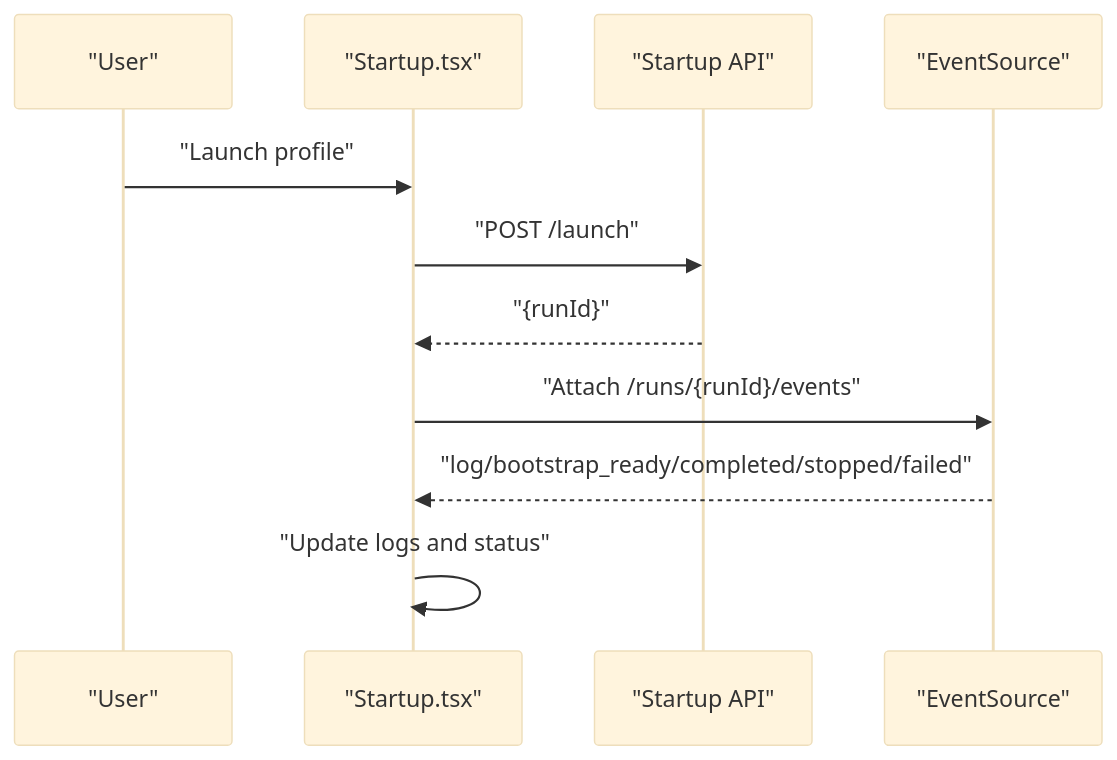
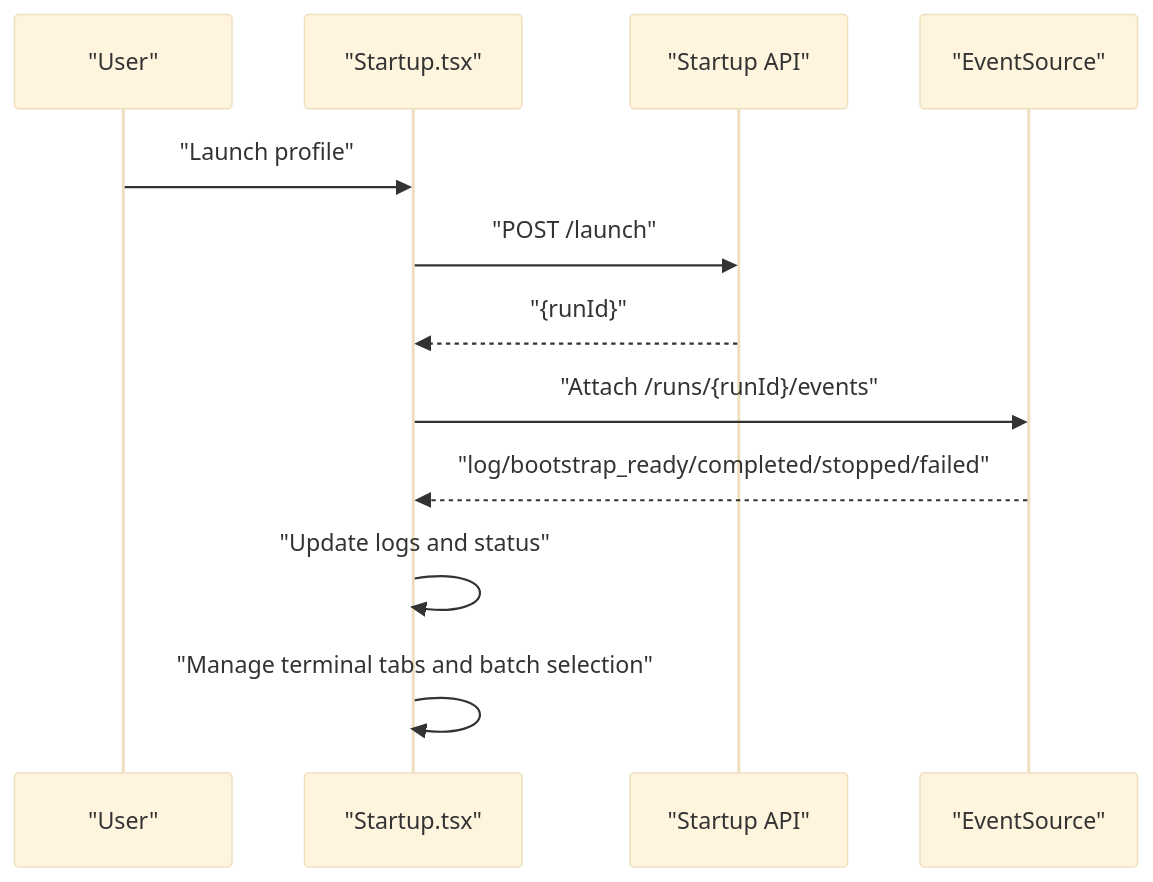
The ninth of 13 diagrams in .qoder/repowiki/en/content/Frontend Application Architecture/Page Components.md (Glimora-X/work-helper), drawn with Mermaid (base theme) before and after one commit. The commit also changed other lines of this file and 11 other files, not shown here.

````diff
--- a/.qoder/repowiki/en/content/Frontend Application Architecture/Page Components.md
+++ b/.qoder/repowiki/en/content/Frontend Application Architecture/Page Components.md
@@ -331,13 +345,14 @@
 ```mermaid
 sequenceDiagram
 participant U as "User"
 participant S as "Startup.tsx"
 participant API as "Startup API"
 participant ES as "EventSource"
 U->>S : "Launch profile"
 S->>API : "POST /launch"
 API-->>S : "{runId}"
 S->>ES : "Attach /runs/{runId}/events"
 ES-->>S : "log/bootstrap_ready/completed/stopped/failed"
 S->>S : "Update logs and status"
+S->>S : "Manage terminal tabs and batch selection"
 ```
````
